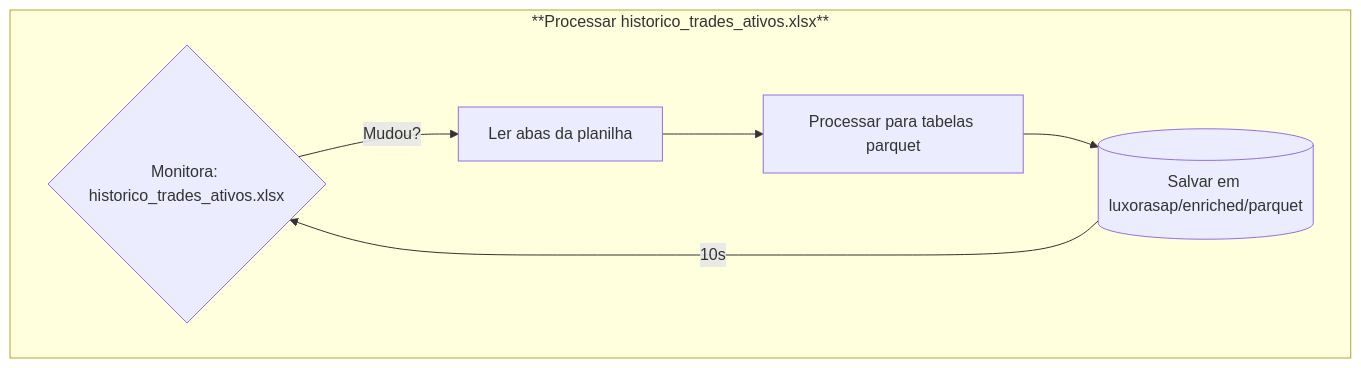
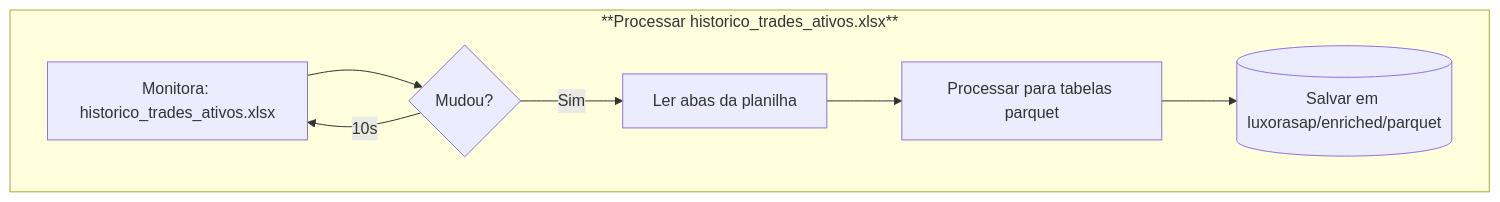
One commit to luxorinvestimentos/luxorasap-onedrive-docs changed the first of 2 diagrams in docs/architecture/pipeline_luxorASAP.md. Above: the diagram before and after it, drawn with Mermaid. The commit also changed other lines of this file and 4 other files, not shown here.

````diff
--- a/docs/architecture/pipeline_luxorASAP.md
+++ b/docs/architecture/pipeline_luxorASAP.md
@@ -19,11 +19,12 @@
 ```mermaid
 flowchart TD
     subgraph "**Processar historico_trades_ativos.xlsx**"
     direction LR
-      B{Monitora: historico_trades_ativos.xlsx};
-      B -- Mudou? --> C[Ler abas da planilha];
+      B[Monitora: historico_trades_ativos.xlsx];
+      B --> F{"Mudou?"};
+      F -- Sim --> C[Ler abas da planilha];
+      F -->|"10s"| B;
       C --> D[Processar para tabelas parquet];
       D --> E[(Salvar em luxorasap/enriched/parquet)];
-      E -->|"10s"| B;
     end
 ```
````
